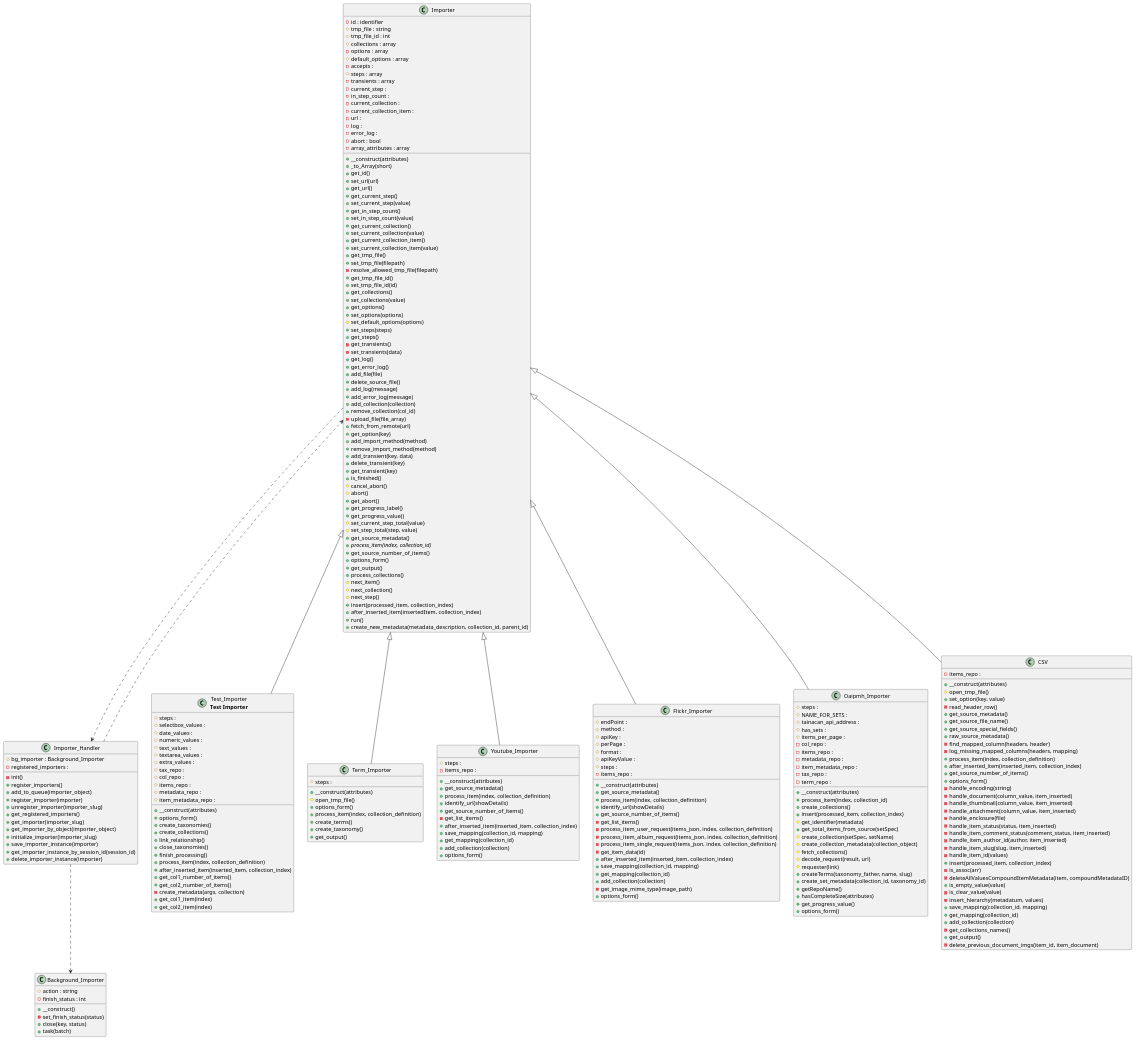
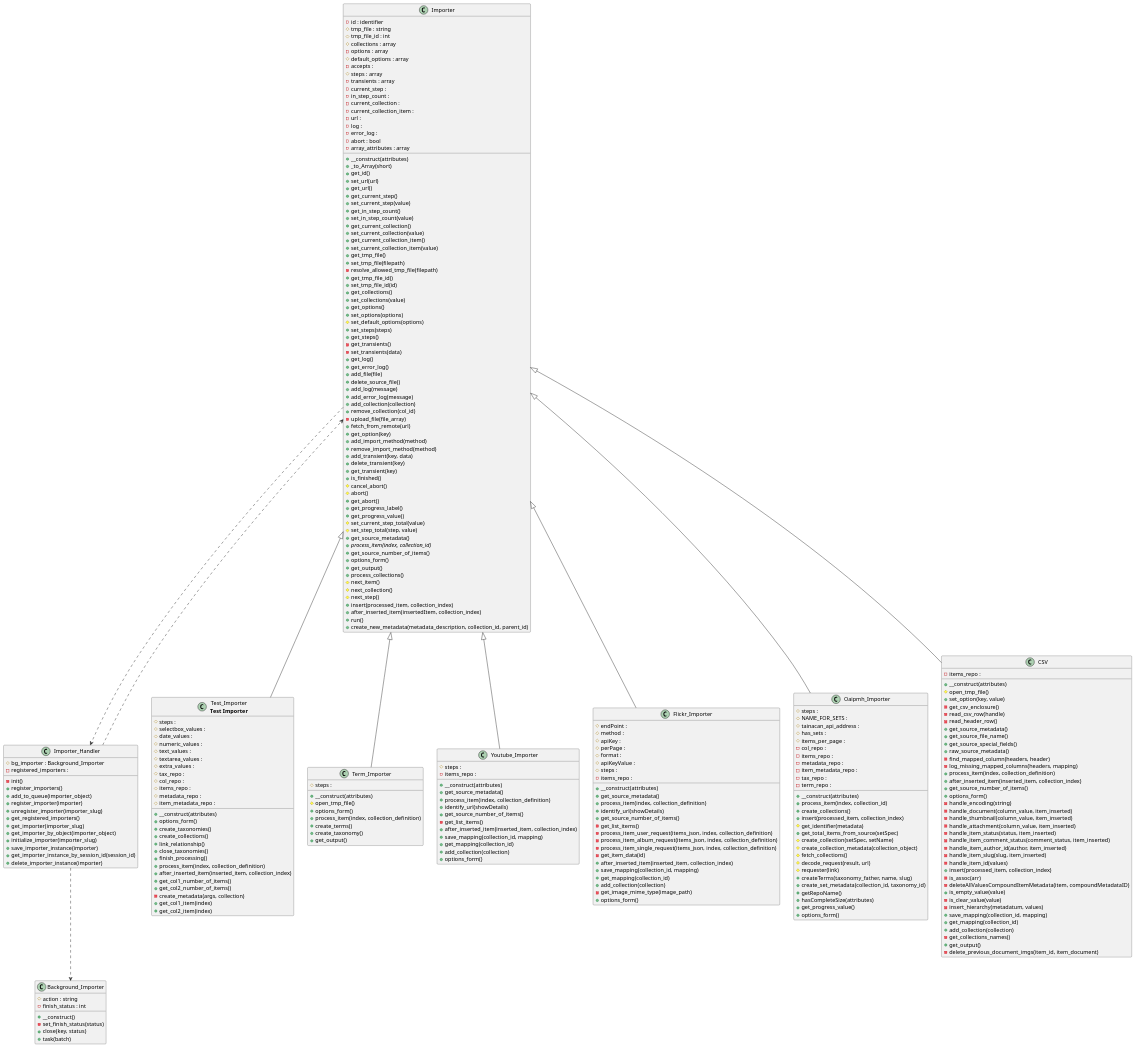
Before and after one commit to tainacan/tainacan: the diagram in docs/diagrams/tainacan-namespace-Tainacan-Importer.puml, drawn with PlantUML. The commit also changed 5 other files, not shown here.

```diff
--- a/docs/diagrams/tainacan-namespace-Tainacan-Importer.puml
+++ b/docs/diagrams/tainacan-namespace-Tainacan-Importer.puml
@@ -137,6 +137,8 @@
     +__construct(attributes)
     #open_tmp_file()
     +set_option(key, value)
+    -get_csv_enclosure()
+    -read_csv_row(handle)
     -read_header_row()
     +get_source_metadata()
     +get_source_file_name()
@@ -152,7 +154,6 @@
     -handle_document(column_value, item_inserted)
     -handle_thumbnail(column_value, item_inserted)
     -handle_attachment(column_value, item_inserted)
-    -handle_enclosure(file)
     -handle_item_status(status, item_inserted)
     -handle_item_comment_status(comment_status, item_inserted)
     -handle_item_author_id(author, item_inserted)
```
